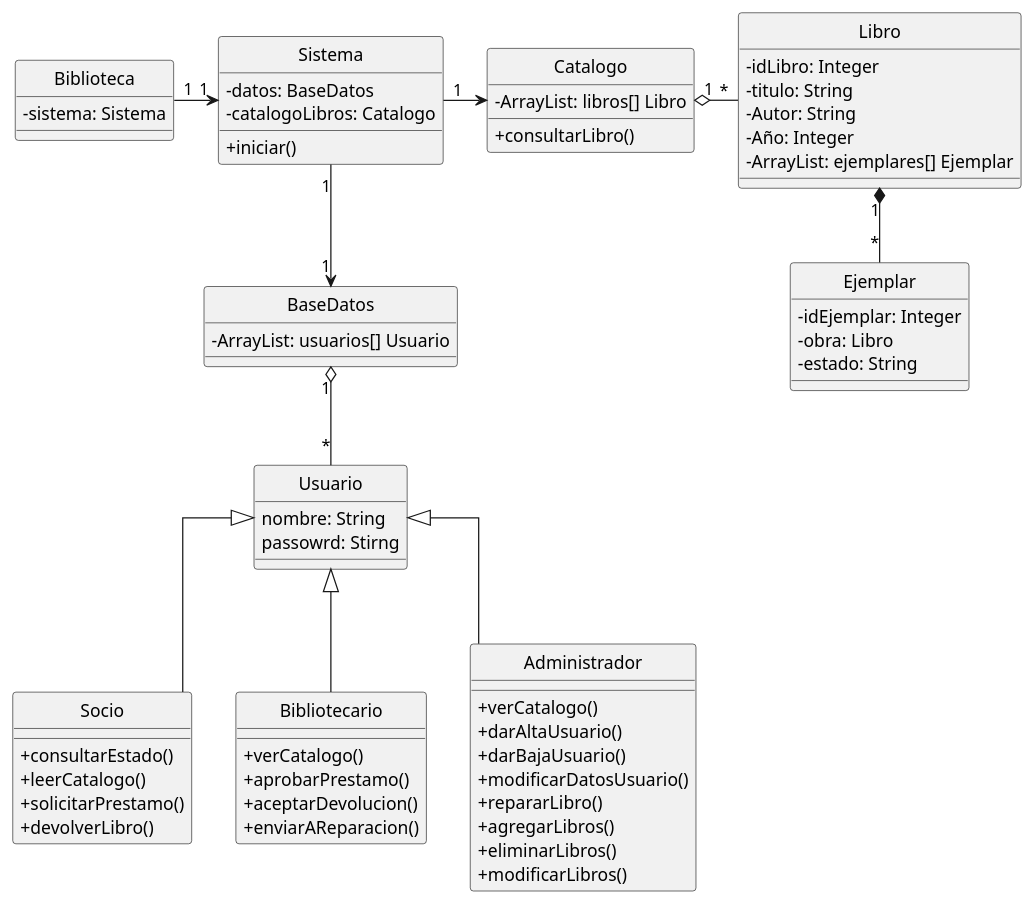
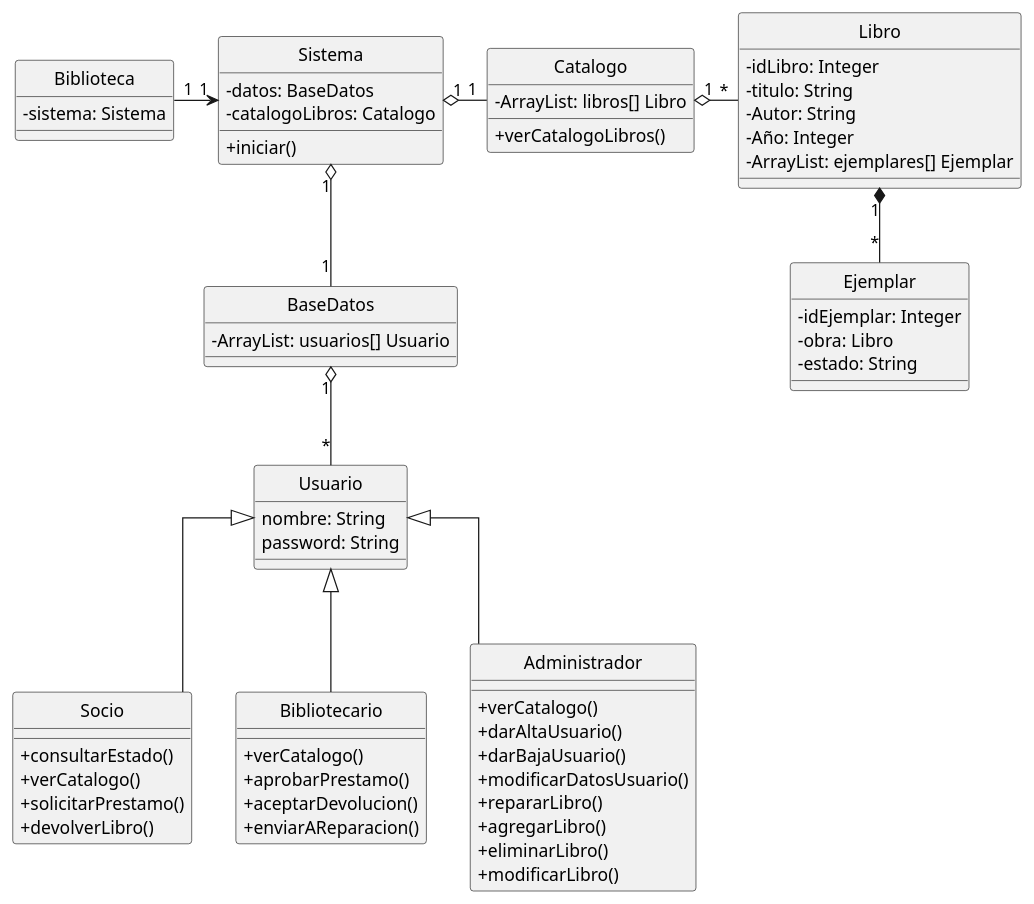
One commit to jonimp/Biblioteca changed the diagram in diagramaClasesBiblioteca.puml. Above: the diagram before and after it, drawn with PlantUML.

Commit message:
Diagrama de Clases

```diff
--- a/diagramaClasesBiblioteca.puml
+++ b/diagramaClasesBiblioteca.puml
@@ -1,81 +1,81 @@
 @startuml
 hide circle
 skinparam classAttributeIconSize 0
 skinparam linetype ortho
 
 class Biblioteca {
     -sistema: Sistema
 }
 
 class Catalogo {
     -ArrayList: libros[] Libro
-    +consultarLibro()
+    +verCatalogoLibros()
 }
 
 class Libro {
     -idLibro: Integer
     -titulo: String
     -Autor: String
     -Año: Integer
     -ArrayList: ejemplares[] Ejemplar
 }
 
 class Ejemplar {
     -idEjemplar: Integer
     -obra: Libro
     -estado: String
 }
 
 class Sistema {
     -datos: BaseDatos
     -catalogoLibros: Catalogo
     +iniciar()
 }
 
 class BaseDatos {
     -ArrayList: usuarios[] Usuario
 }
 
 class Usuario {
     nombre: String
-    passowrd: Stirng
+    password: String
 }
 
 class Socio {
     +consultarEstado()
-    +leerCatalogo()
+    +verCatalogo()
     +solicitarPrestamo()
     +devolverLibro()
 }
 
 class Bibliotecario {
     +verCatalogo()
     +aprobarPrestamo()
     +aceptarDevolucion()
     +enviarAReparacion()
 }
 
 class Administrador {
     +verCatalogo()
     +darAltaUsuario()
     +darBajaUsuario()
     +modificarDatosUsuario()
     +repararLibro()
-    +agregarLibros()
-    +eliminarLibros()
-    +modificarLibros()
+    +agregarLibro()
+    +eliminarLibro()
+    +modificarLibro()
 }
 
 
 Biblioteca "1" -> "1" Sistema
 Catalogo "1" o- "*" Libro
 Libro "1" *-- "*" Ejemplar
-Sistema "1" --> "1" BaseDatos
-Sistema "1" -> "Catalogo"
+Sistema "1" o-- "1" BaseDatos
+Sistema "1" o- "1" Catalogo
 BaseDatos "1" o-- "*" Usuario
 Usuario <|-- Socio
 Usuario <|-- Bibliotecario
 Usuario <|-- Administrador
 
 
 @enduml
```
